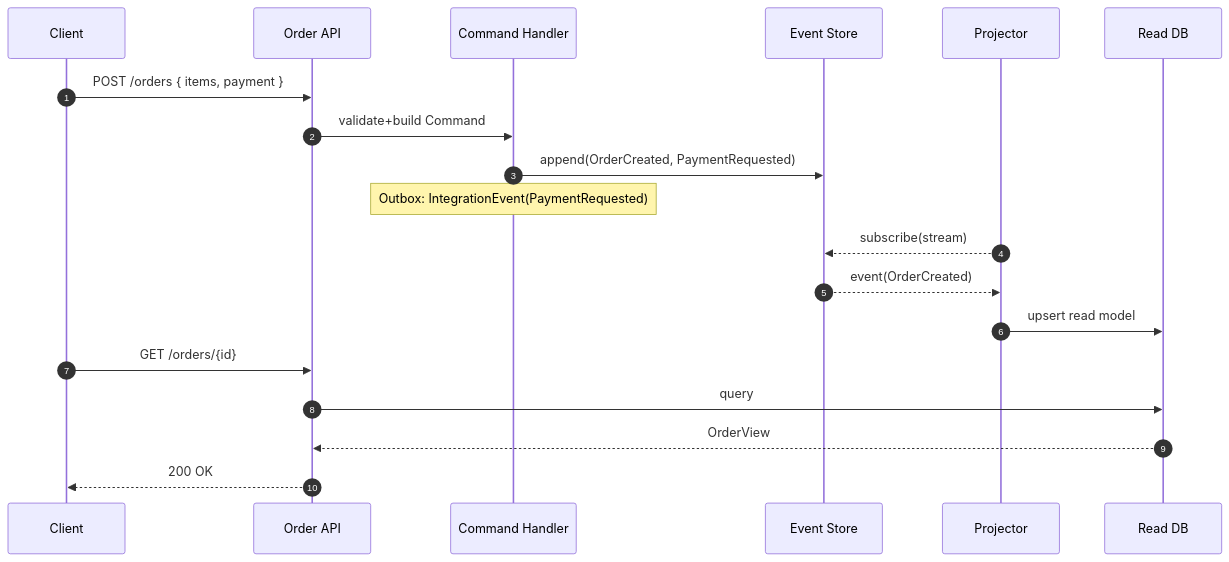
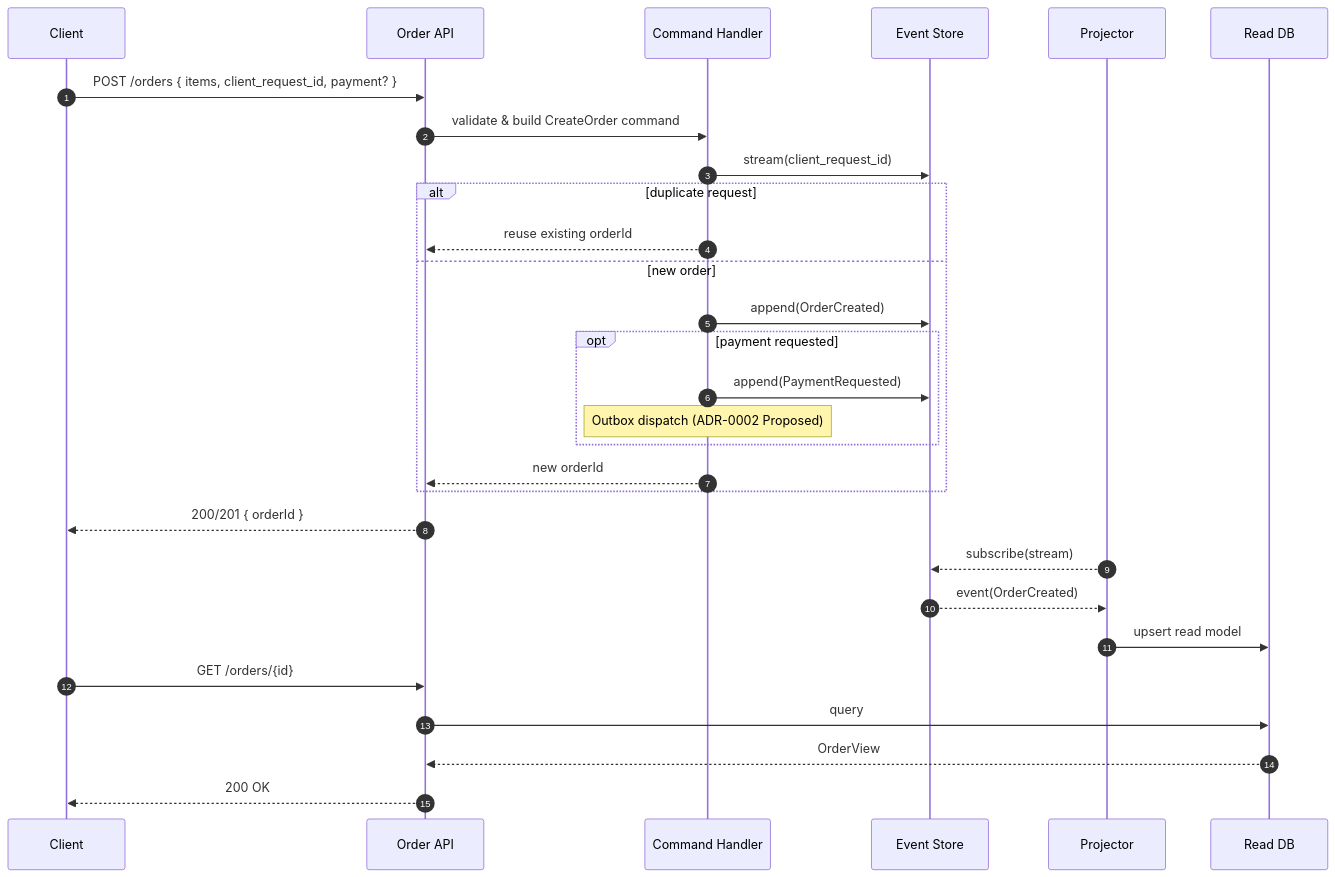
Before and after one commit to JeffSkynird/architecture-labs: the diagram in labs/001-cqrs-es/docs/sequence.mmd, drawn with Mermaid. The commit also changed 13 other files, not shown here.

Commit message:
feat(order): create order command with idempotency

```diff
--- a/labs/001-cqrs-es/docs/sequence.mmd
+++ b/labs/001-cqrs-es/docs/sequence.mmd
@@ -1,22 +1,32 @@
 sequenceDiagram
   autonumber
   participant C as Client
   participant API as Order API
   participant H as Command Handler
   participant ES as Event Store
   participant P as Projector
   participant R as Read DB
 
-  C->>API: POST /orders { items, payment }
-  API->>H: validate+build Command
-  H->>ES: append(OrderCreated, PaymentRequested)
-  Note over H: Outbox: IntegrationEvent(PaymentRequested)
+  C->>API: POST /orders { items, client_request_id, payment? }
+  API->>H: validate & build CreateOrder command
+  H->>ES: stream(client_request_id)
+  alt duplicate request
+    H-->>API: reuse existing orderId
+  else new order
+    H->>ES: append(OrderCreated)
+    opt payment requested
+      H->>ES: append(PaymentRequested)
+      Note over H: Outbox dispatch (ADR-0002 Proposed)
+    end
+    H-->>API: new orderId
+  end
+  API-->>C: 200/201 { orderId }
 
   P-->>ES: subscribe(stream)
   ES-->>P: event(OrderCreated)
   P->>R: upsert read model
 
   C->>API: GET /orders/{id}
   API->>R: query
   R-->>API: OrderView
   API-->>C: 200 OK
```
